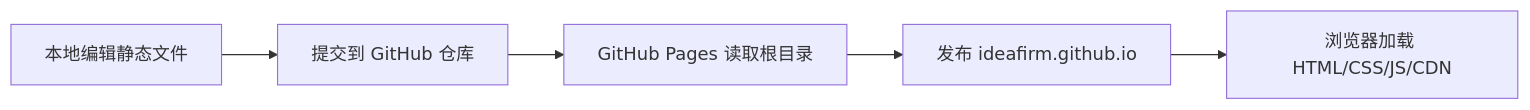
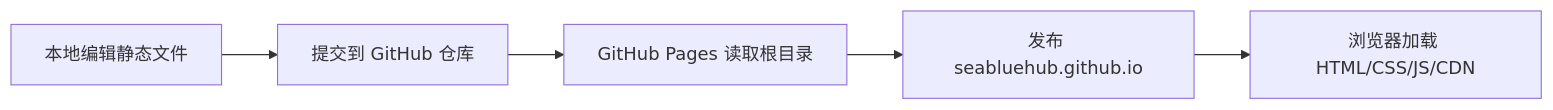
One commit to seabluehub/seabluehub.github.io changed the first of 3 diagrams in docs/architecture-and-solution.md. Above: the diagram before and after it, drawn with Mermaid. The commit also changed other lines of this file and 5 other files, not shown here.

````diff
--- a/docs/architecture-and-solution.md
+++ b/docs/architecture-and-solution.md
@@ -166,7 +166,7 @@
 ```mermaid
 flowchart LR
   A["本地编辑静态文件"] --> B["提交到 GitHub 仓库"]
   B --> C["GitHub Pages 读取根目录"]
-  C --> D["发布 ideafirm.github.io"]
+  C --> D["发布 seabluehub.github.io"]
   D --> E["浏览器加载 HTML/CSS/JS/CDN"]
 ```
````
